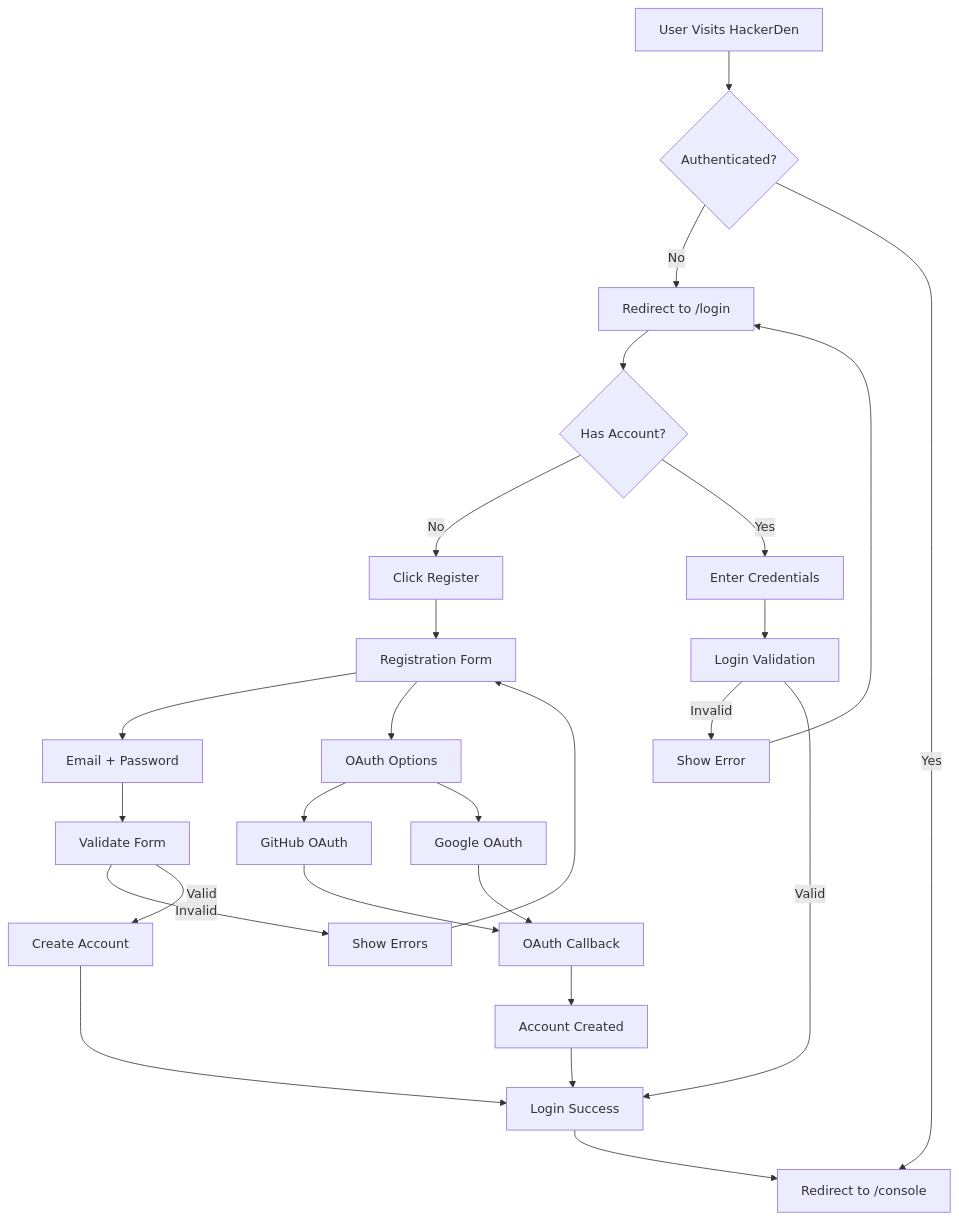
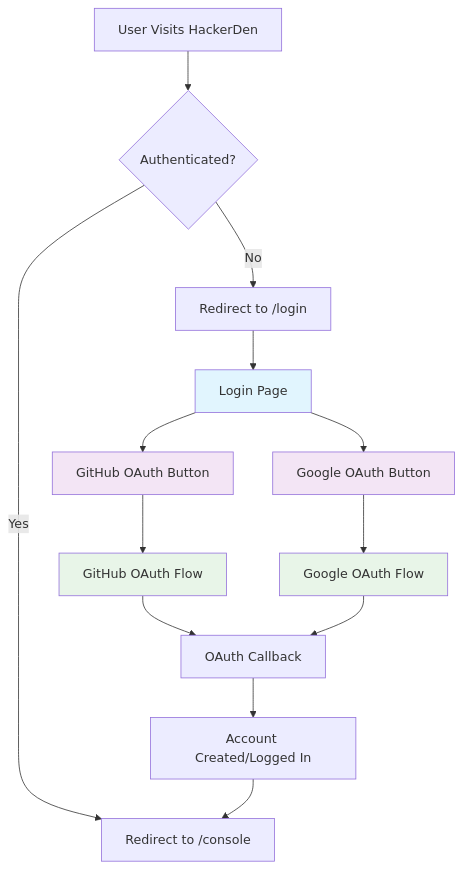
Before and after one commit to ictinus0222/hackerDen: the first of 17 diagrams in UX_FLOWCHART.md, drawn with Mermaid. The commit also changed other lines of this file and 13 other files, not shown here.

````diff
--- a/UX_FLOWCHART.md
+++ b/UX_FLOWCHART.md
@@ -22,36 +22,24 @@
 ```mermaid
 graph TD
     A[User Visits HackerDen] --> B{Authenticated?}
     B -->|No| C[Redirect to /login]
     B -->|Yes| D[Redirect to /console]
     
-    C --> E{Has Account?}
-    E -->|No| F[Click Register]
-    E -->|Yes| G[Enter Credentials]
+    C --> E[Login Page]
+    E --> F[GitHub OAuth Button]
+    E --> G[Google OAuth Button]
     
-    F --> H[Registration Form]
-    H --> I[Email + Password]
-    H --> J[OAuth Options]
+    F --> H[GitHub OAuth Flow]
+    G --> I[Google OAuth Flow]
     
-    I --> K[Validate Form]
-    K -->|Invalid| L[Show Errors]
-    K -->|Valid| M[Create Account]
+    H --> J[OAuth Callback]
+    I --> J
+    J --> K[Account Created/Logged In]
+    K --> D
     
-    J --> N[GitHub OAuth]
-    J --> O[Google OAuth]
-    
-    N --> P[OAuth Callback]
-    O --> P
-    P --> Q[Account Created]
-    
-    G --> R[Login Validation]
-    R -->|Invalid| S[Show Error]
-    R -->|Valid| T[Login Success]
-    
-    M --> T
-    Q --> T
-    T --> D
-    
-    L --> H
-    S --> C
+    style E fill:#e1f5fe
+    style F fill:#f3e5f5
+    style G fill:#f3e5f5
+    style H fill:#e8f5e8
+    style I fill:#e8f5e8
 ```
````
